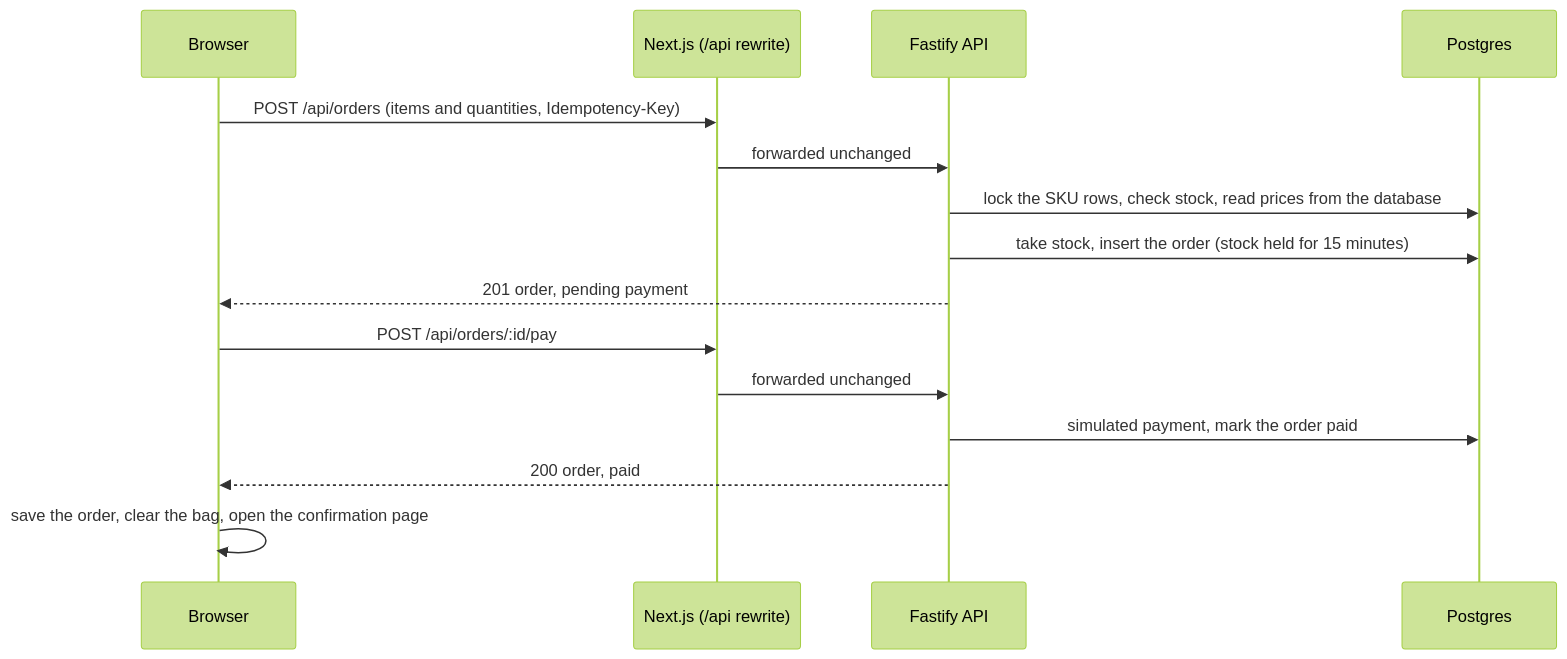
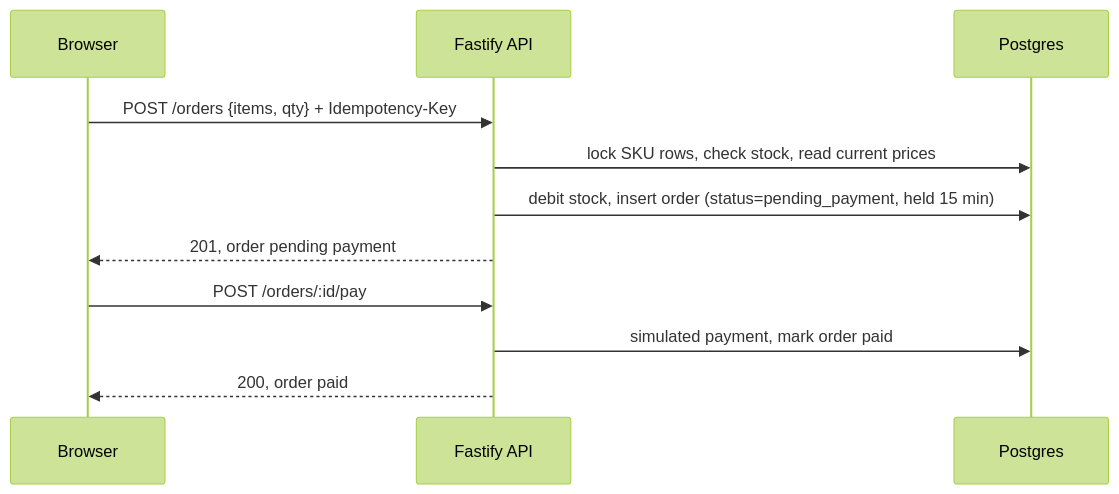
The second of 2 diagrams in README.md (alieldeenahmed/Freyya), drawn with Mermaid (forest theme) before and after one commit. The commit also changed other lines of this file, not shown here.

````diff
--- a/README.md
+++ b/README.md
@@ -116,17 +115,13 @@
 ```mermaid
 sequenceDiagram
   participant B as Browser
-  participant N as Next.js (/api rewrite)
   participant A as Fastify API
   participant D as Postgres
-  B->>N: POST /api/orders (items and quantities, Idempotency-Key)
-  N->>A: forwarded unchanged
-  A->>D: lock the SKU rows, check stock, read prices from the database
-  A->>D: take stock, insert the order (stock held for 15 minutes)
-  A-->>B: 201 order, pending payment
-  B->>N: POST /api/orders/:id/pay
-  N->>A: forwarded unchanged
-  A->>D: simulated payment, mark the order paid
-  A-->>B: 200 order, paid
-  B->>B: save the order, clear the bag, open the confirmation page
+  B->>A: POST /orders {items, qty} + Idempotency-Key
+  A->>D: lock SKU rows, check stock, read current prices
+  A->>D: debit stock, insert order (status=pending_payment, held 15 min)
+  A-->>B: 201, order pending payment
+  B->>A: POST /orders/:id/pay
+  A->>D: simulated payment, mark order paid
+  A-->>B: 200, order paid
 ```
````
